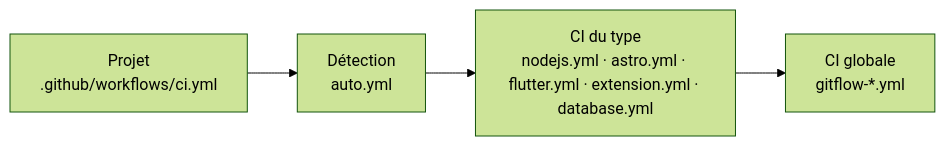
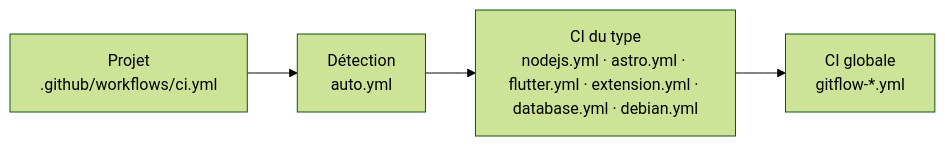
The first of 2 diagrams in README.md (FloRobart/github-ci), drawn with Mermaid (forest theme) before and after one commit. The commit also changed other lines of this file and 24 other files, not shown here.

````diff
--- a/README.md
+++ b/README.md
@@ -9,6 +9,6 @@
 ```mermaid
 flowchart LR
     project["Projet<br/>.github/workflows/ci.yml"] --> auto["Détection<br/>auto.yml"]
-    auto --> type["CI du type<br/>nodejs.yml · astro.yml · flutter.yml · extension.yml · database.yml"]
+    auto --> type["CI du type<br/>nodejs.yml · astro.yml · flutter.yml · extension.yml · database.yml · debian.yml"]
     type --> gitflow["CI globale<br/>gitflow-*.yml"]
 ```
````
